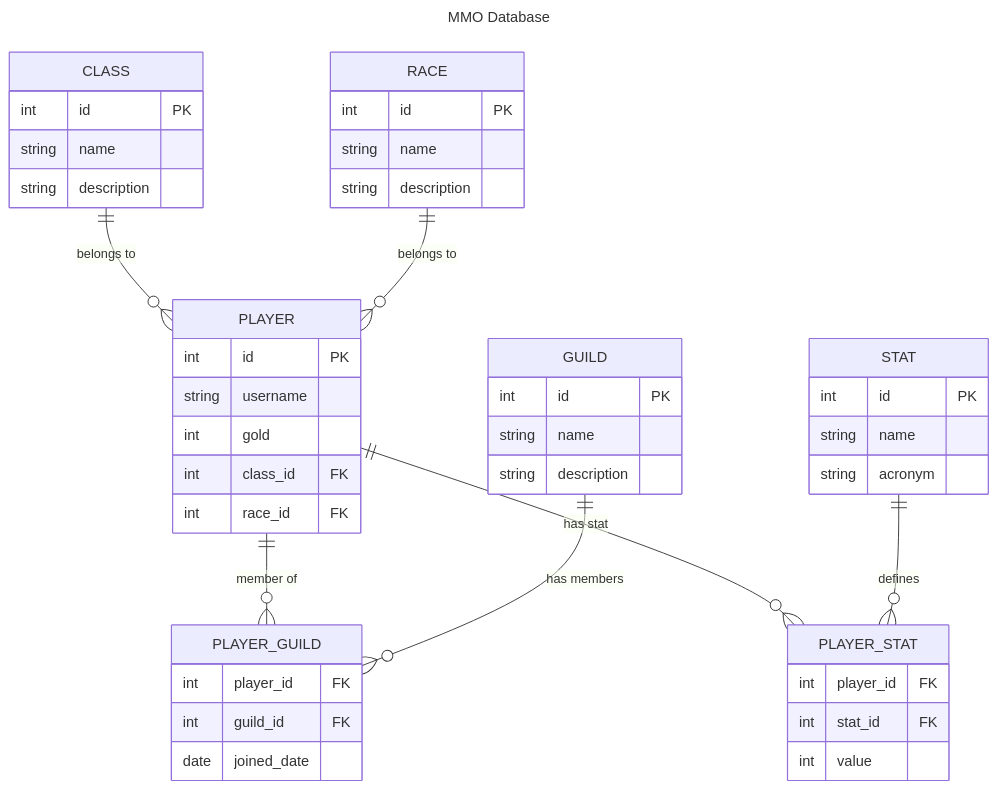
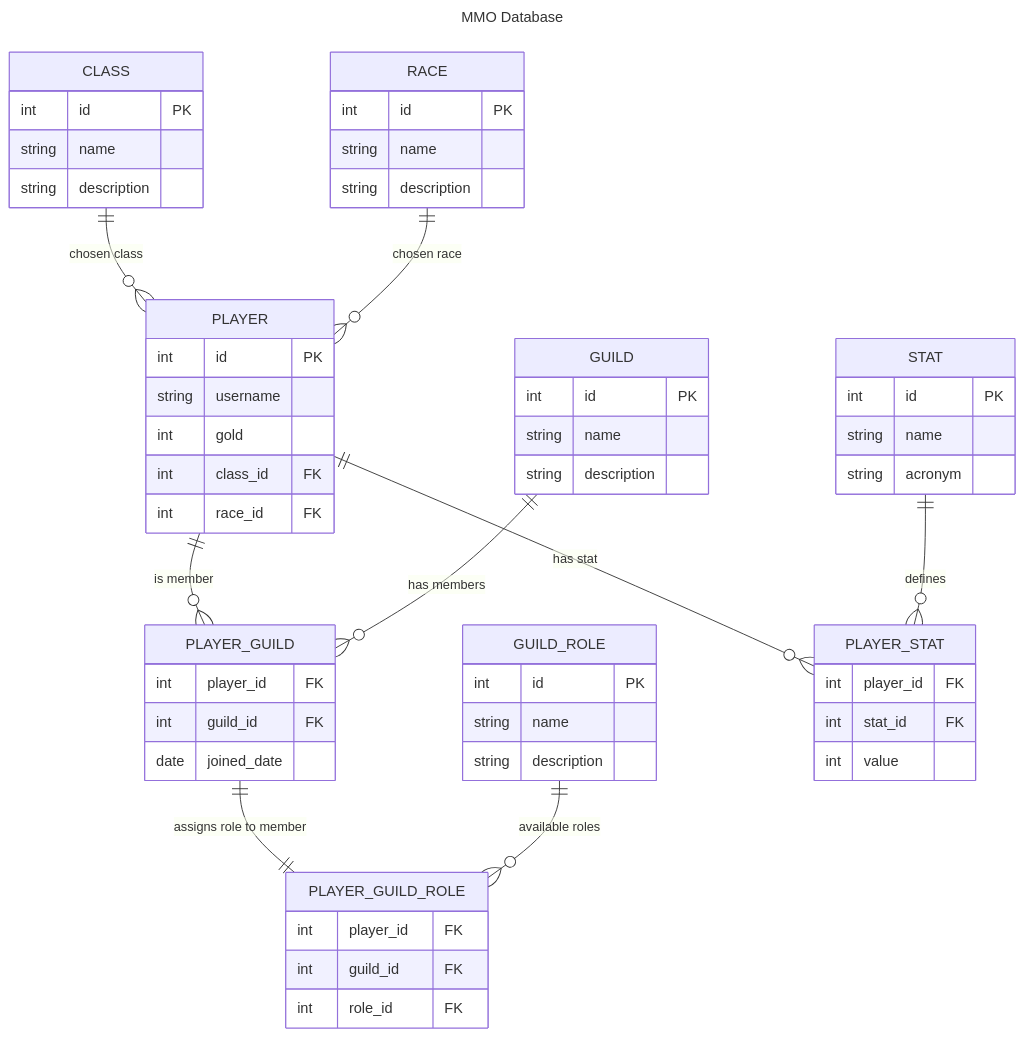
The diagram in sql/README.md (maik-hasler/vocational-training-resources), drawn with Mermaid before and after one commit. The commit also changed 1 other file, not shown here.

Commit message:
add guild roles

````diff
--- a/sql/README.md
+++ b/sql/README.md
@@ -45,56 +45,73 @@
 ```mermaid
 ---
 title: MMO Database
 ---
 erDiagram
     "CLASS" {
         int id PK
         string name
         string description
     }
 
     RACE {
         int id PK
         string name
         string description
     }
 
     PLAYER {
         int id PK
         string username
         int gold
         int class_id FK
         int race_id FK
     }
 
     GUILD {
         int id PK
         string name
         string description
     }
 
     PLAYER_GUILD {
         int player_id FK
         int guild_id FK
         date joined_date
     }
 
+    GUILD_ROLE {
+        int id PK
+        string name
+        string description
+    }
+
+    PLAYER_GUILD_ROLE {
+        int player_id FK
+        int guild_id FK
+        int role_id FK
+    }
+
     STAT {
         int id PK
         string name
         string acronym
     }
 
     PLAYER_STAT {
         int player_id FK
         int stat_id FK
         int value
     }
 
-    "CLASS" ||--o{ PLAYER : "belongs to"
-    RACE ||--o{ PLAYER : "belongs to"
-    PLAYER ||--o{ PLAYER_GUILD : "member of"
+    "CLASS" ||--o{ PLAYER : "chosen class"
+    RACE ||--o{ PLAYER : "chosen race"
+
+    PLAYER ||--o{ PLAYER_GUILD : "is member"
     GUILD ||--o{ PLAYER_GUILD : "has members"
+
+    PLAYER_GUILD ||--|| PLAYER_GUILD_ROLE : "assigns role to member"
+    GUILD_ROLE ||--o{ PLAYER_GUILD_ROLE : "available roles"
+
     PLAYER ||--o{ PLAYER_STAT : "has stat"
     STAT ||--o{ PLAYER_STAT : "defines"
 ```
````
